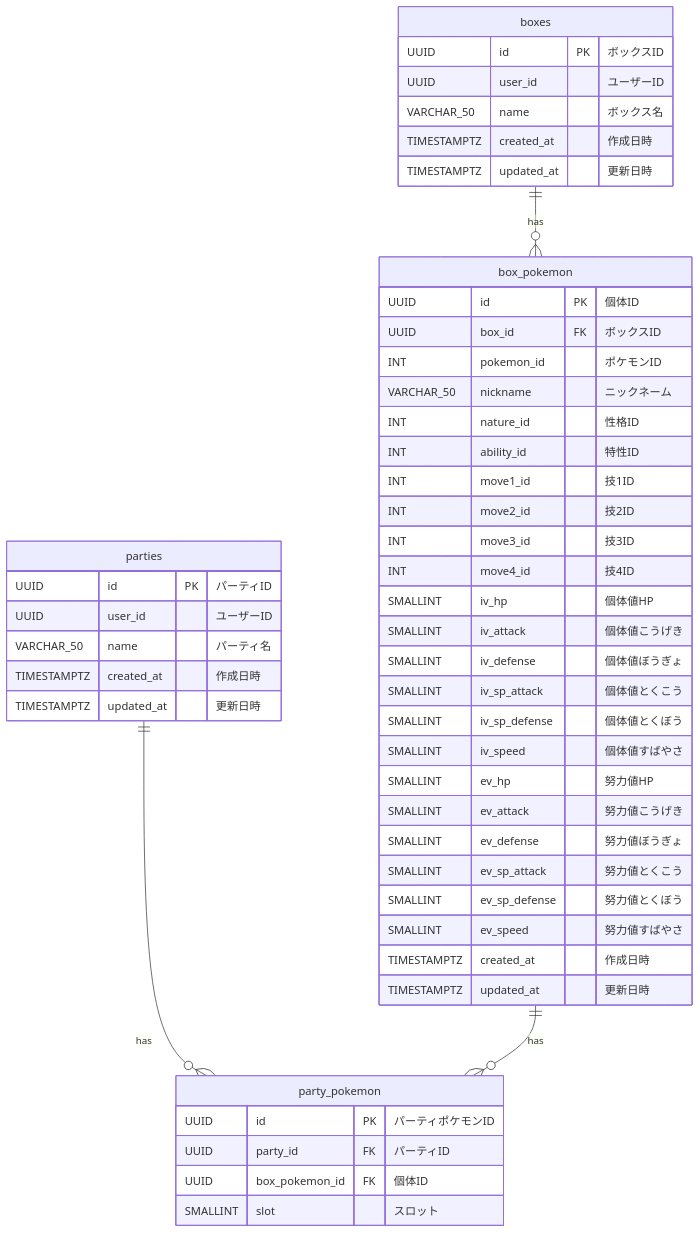
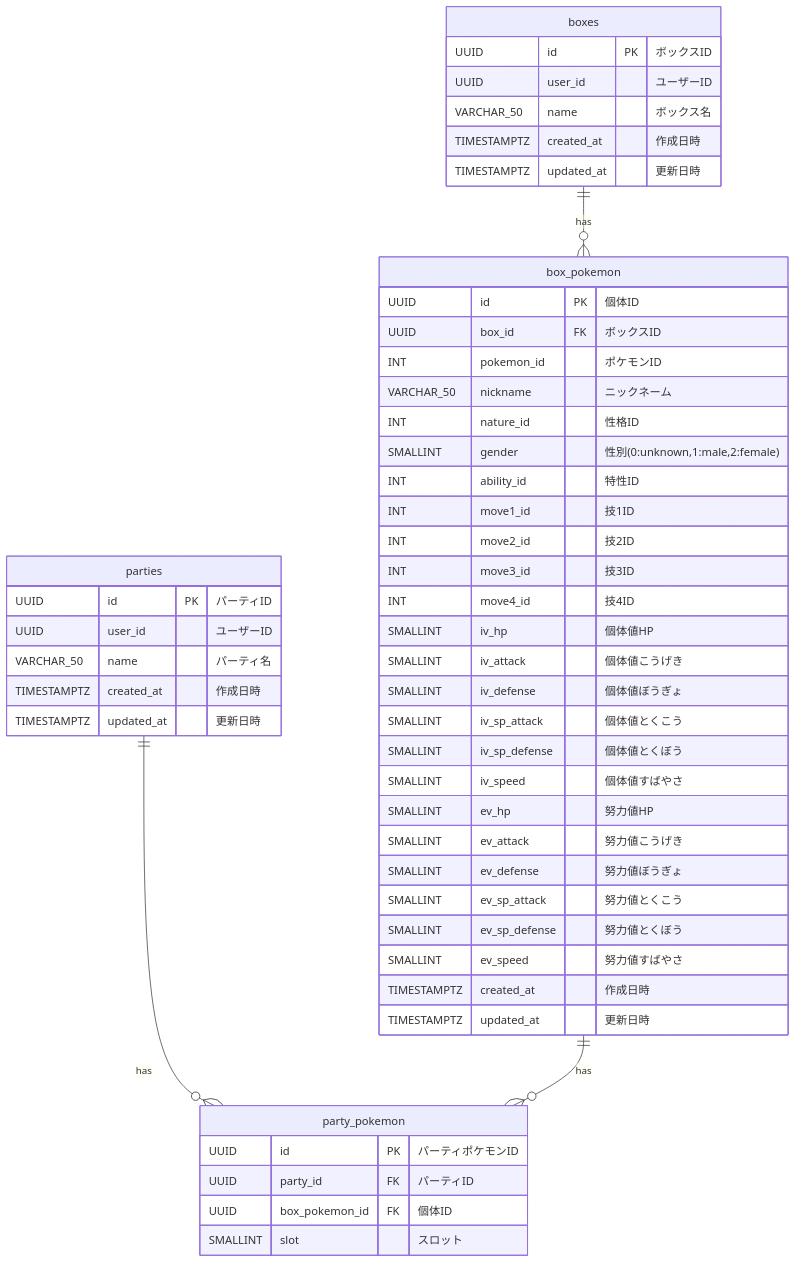
The diagram in docs/er/box.md (Nahaq789/pob), drawn with Mermaid before and after one commit. The commit also changed 12 other files, not shown here.

````diff
--- a/docs/er/box.md
+++ b/docs/er/box.md
@@ -1,56 +1,57 @@
 ```mermaid
 erDiagram
     boxes {
         UUID id PK "ボックスID"
         UUID user_id "ユーザーID"
         VARCHAR_50 name "ボックス名"
         TIMESTAMPTZ created_at "作成日時"
         TIMESTAMPTZ updated_at "更新日時"
     }
 
     box_pokemon {
         UUID id PK "個体ID"
         UUID box_id FK "ボックスID"
         INT pokemon_id "ポケモンID"
         VARCHAR_50 nickname "ニックネーム"
         INT nature_id "性格ID"
+        SMALLINT gender "性別(0:unknown,1:male,2:female)"
         INT ability_id "特性ID"
         INT move1_id "技1ID"
         INT move2_id "技2ID"
         INT move3_id "技3ID"
         INT move4_id "技4ID"
         SMALLINT iv_hp "個体値HP"
         SMALLINT iv_attack "個体値こうげき"
         SMALLINT iv_defense "個体値ぼうぎょ"
         SMALLINT iv_sp_attack "個体値とくこう"
         SMALLINT iv_sp_defense "個体値とくぼう"
         SMALLINT iv_speed "個体値すばやさ"
         SMALLINT ev_hp "努力値HP"
         SMALLINT ev_attack "努力値こうげき"
         SMALLINT ev_defense "努力値ぼうぎょ"
         SMALLINT ev_sp_attack "努力値とくこう"
         SMALLINT ev_sp_defense "努力値とくぼう"
         SMALLINT ev_speed "努力値すばやさ"
         TIMESTAMPTZ created_at "作成日時"
         TIMESTAMPTZ updated_at "更新日時"
     }
 
     parties {
         UUID id PK "パーティID"
         UUID user_id "ユーザーID"
         VARCHAR_50 name "パーティ名"
         TIMESTAMPTZ created_at "作成日時"
         TIMESTAMPTZ updated_at "更新日時"
     }
 
     party_pokemon {
         UUID id PK "パーティポケモンID"
         UUID party_id FK "パーティID"
         UUID box_pokemon_id FK "個体ID"
         SMALLINT slot "スロット"
     }
 
     boxes ||--o{ box_pokemon : "has"
     parties ||--o{ party_pokemon : "has"
     box_pokemon ||--o{ party_pokemon : "has"
 ```
````
